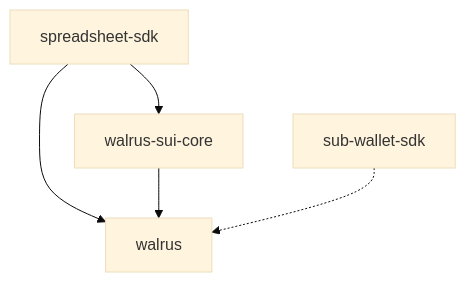
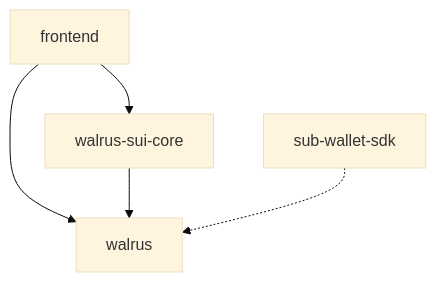
Before and after one commit to Vjust/walsheetz: the diagram in README.md, drawn with Mermaid (base theme). The commit also changed other lines of this file and 119 other files, not shown here.

````diff
--- a/README.md
+++ b/README.md
@@ -220,7 +172,7 @@
 ```mermaid
 graph TD
-    A[spreadsheet-sdk] --> B[walrus-sui-core]
+    A[frontend] --> B[walrus-sui-core]
     A --> C[walrus]
     B --> C
     D[sub-wallet-sdk] -.-> C
 ```
````
